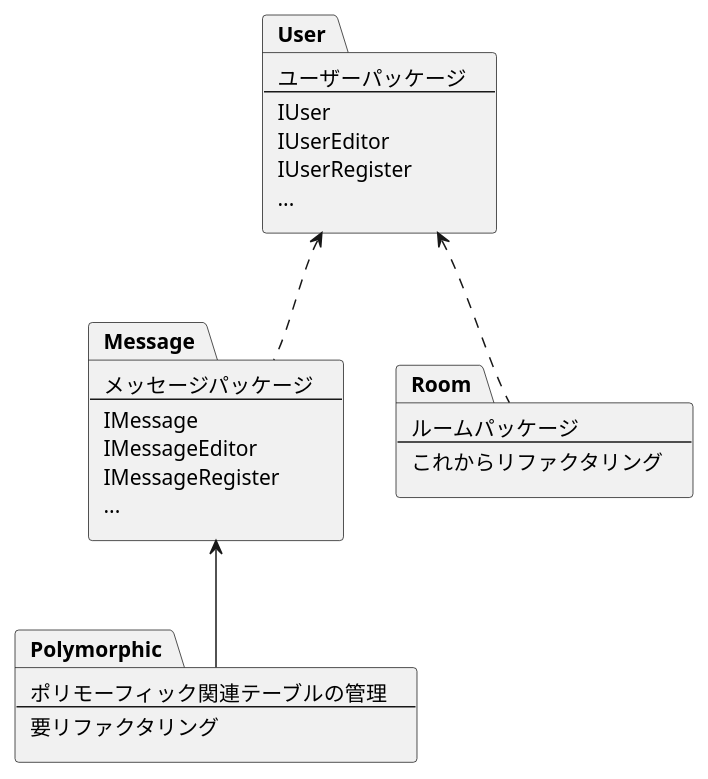
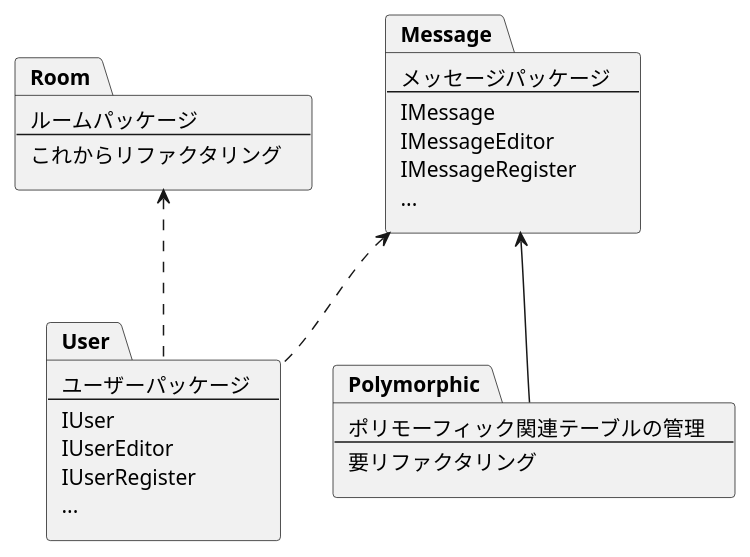
Before and after one commit to TOnodera/chatterman: the diagram in documents/plantUML/クラス図/クラス図-サーバー-.wsd, drawn with PlantUML. The commit also changed 1 other file, not shown here.

```diff
--- a/documents/plantUML/クラス図/クラス図-サーバー-.wsd
+++ b/documents/plantUML/クラス図/クラス図-サーバー-.wsd
@@ -1,36 +1,36 @@
 @startuml
 package Message[
     メッセージパッケージ
     --
     IMessage
     IMessageEditor
     IMessageRegister
     ...
 ]
 package Room[
     ルームパッケージ
     --
     これからリファクタリング
 ]
 package User[
     ユーザーパッケージ
     --
     IUser
     IUserEditor
     IUserRegister
     ...
 ]
 package Polymorphic[
     ポリモーフィック関連テーブルの管理
     --
     要リファクタリング
 ]
 
 
-User <.. Message
-User <.. Room
+Message <.. User
+Room <.. User
 Message <-- Polymorphic
 
 
 
 @enduml
```
